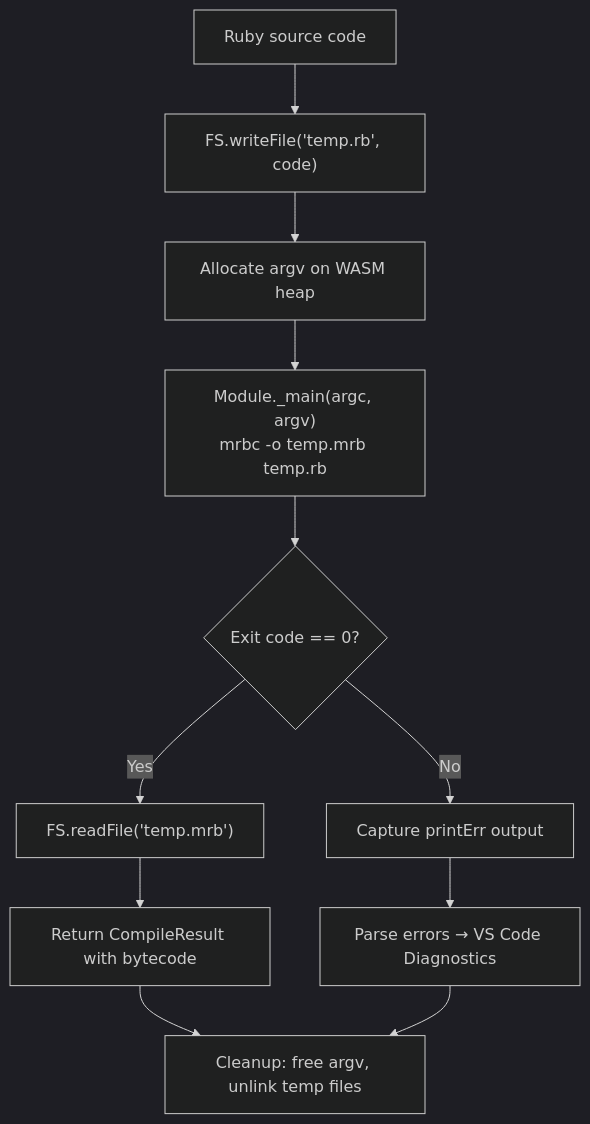
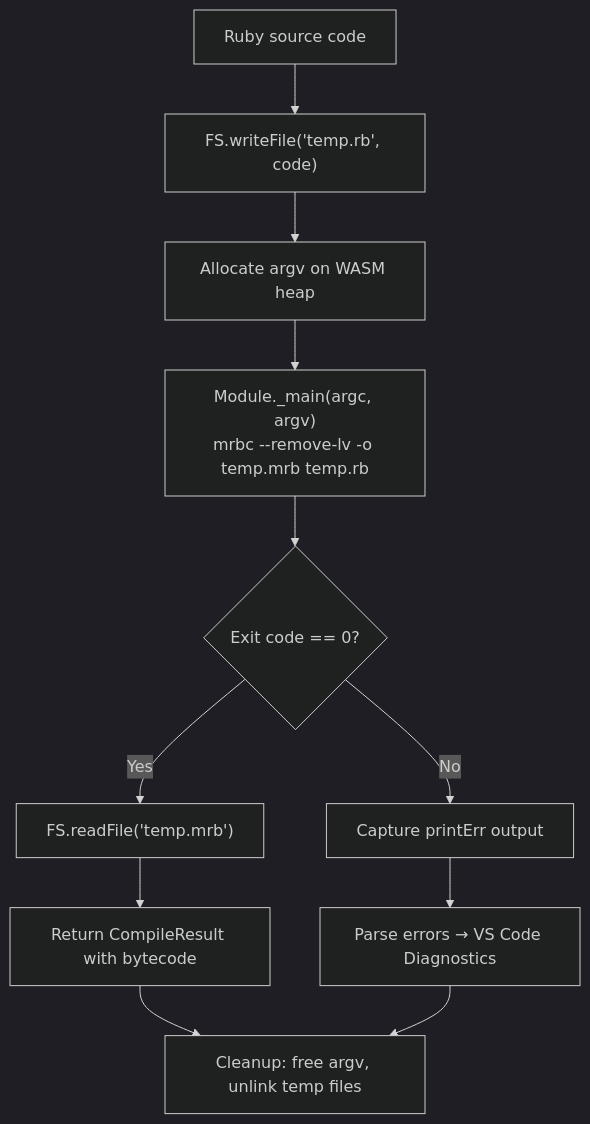
The second of 2 diagrams in doc/compiler.md (OpenBlink/openblink-vscode-extension), drawn with Mermaid (dark theme) before and after one commit. The commit also changed other lines of this file and 19 other files, not shown here.

````diff
--- a/doc/compiler.md
+++ b/doc/compiler.md
@@ -22,13 +24,13 @@
 ```mermaid
 flowchart TD
     A["Ruby source code"] --> B["FS.writeFile('temp.rb', code)"]
     B --> C["Allocate argv on WASM heap"]
-    C --> D["Module._main(argc, argv)<br/>mrbc -o temp.mrb temp.rb"]
+    C --> D["Module._main(argc, argv)<br/>mrbc --remove-lv -o temp.mrb temp.rb"]
     D --> E{Exit code == 0?}
     E -->|Yes| F["FS.readFile('temp.mrb')"]
     E -->|No| G["Capture printErr output"]
     F --> H["Return CompileResult with bytecode"]
     G --> I["Parse errors → VS Code Diagnostics"]
     H --> J["Cleanup: free argv, unlink temp files"]
     I --> J
 ```
````
